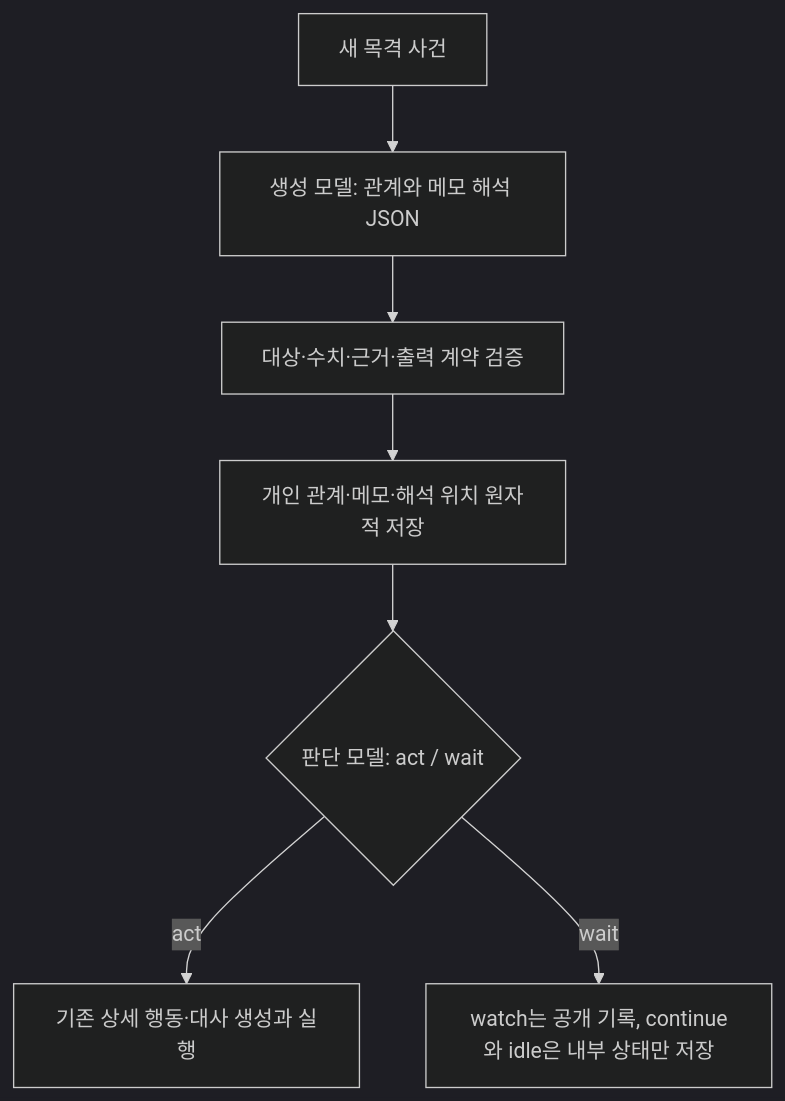
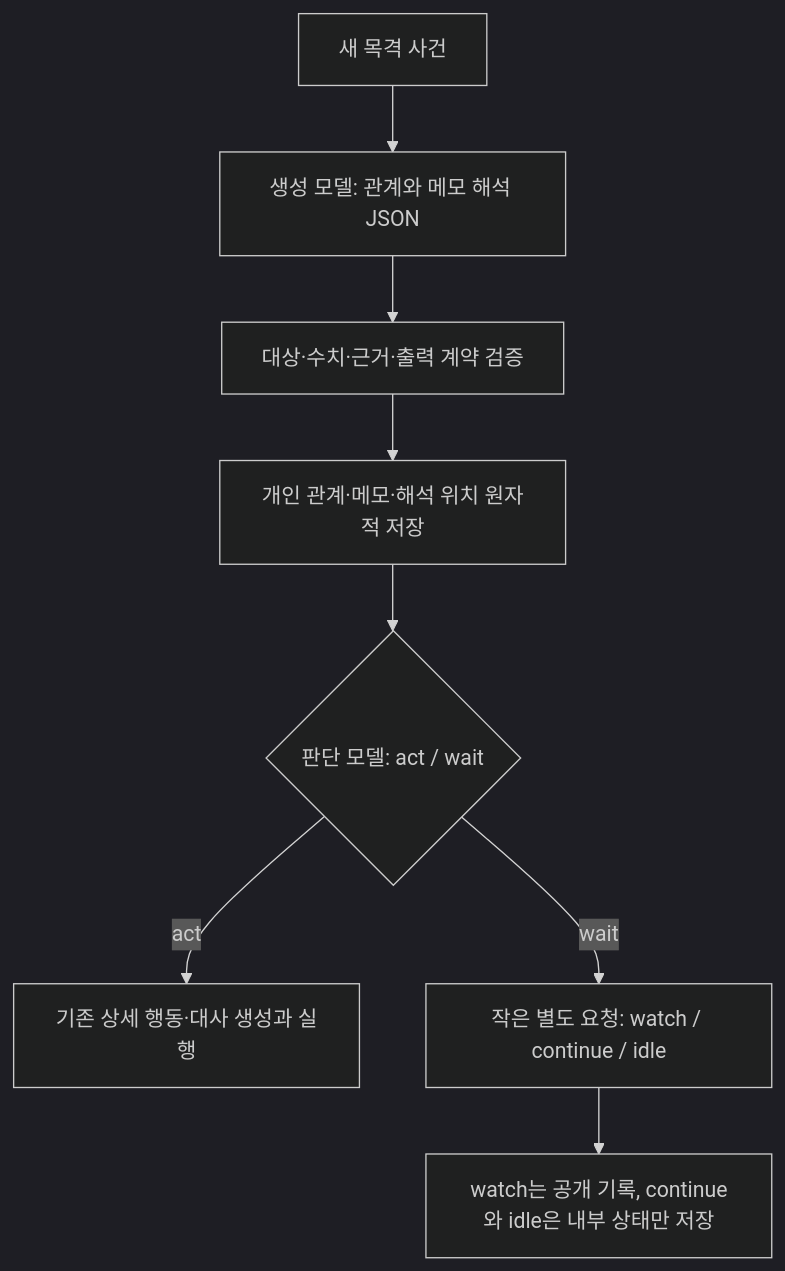
The diagram in docs/CHARACTER_RELATIONSHIPS.md (snowmerak/newera), drawn with Mermaid (dark theme) before and after one commit. The commit also changed other lines of this file and 25 other files, not shown here.

````diff
--- a/docs/CHARACTER_RELATIONSHIPS.md
+++ b/docs/CHARACTER_RELATIONSHIPS.md
@@ -45,9 +45,10 @@
 ```mermaid
 flowchart TD
   E[새 목격 사건] --> R[생성 모델: 관계와 메모 해석 JSON]
   R --> V[대상·수치·근거·출력 계약 검증]
   V --> C[개인 관계·메모·해석 위치 원자적 저장]
   C --> D{판단 모델: act / wait}
   D -->|act| G[기존 상세 행동·대사 생성과 실행]
-  D -->|wait| W[watch는 공개 기록, continue와 idle은 내부 상태만 저장]
+  D -->|wait| I[작은 별도 요청: watch / continue / idle]
+  I --> W[watch는 공개 기록, continue와 idle은 내부 상태만 저장]
 ```
````
